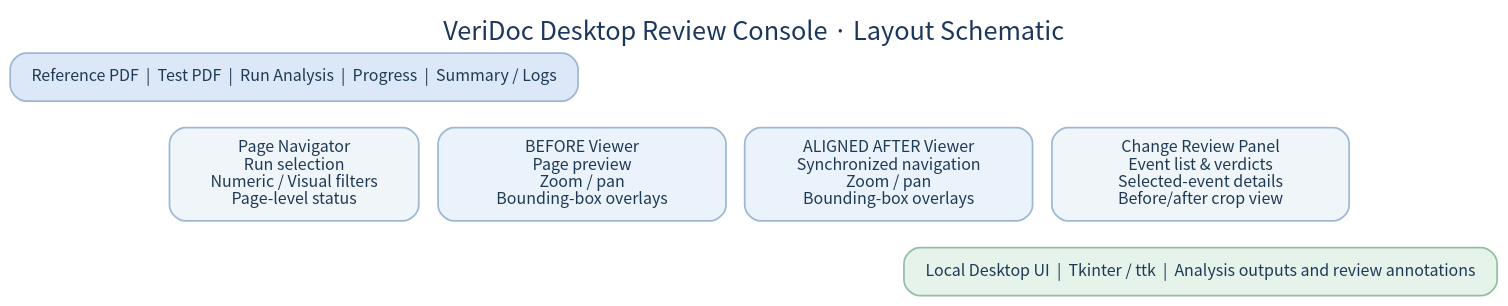
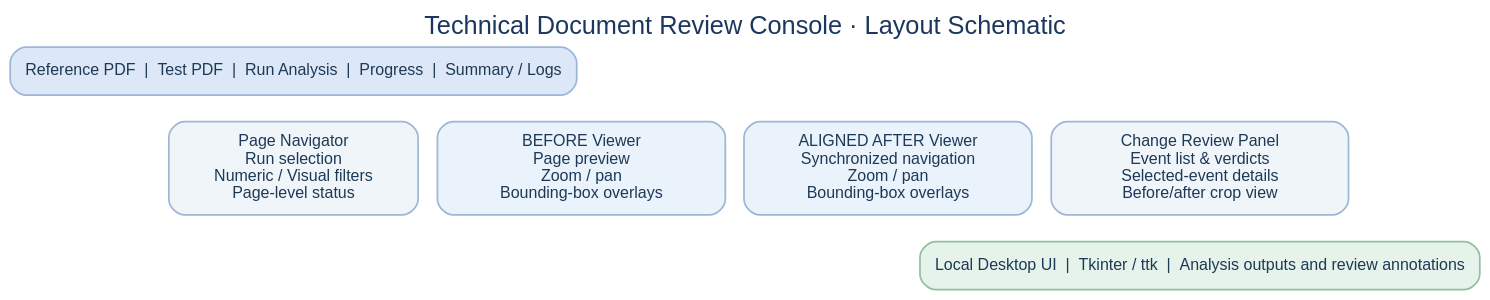
The diagram in assets/gui_layout.dot (DK3693/KSMA_Paper), drawn with Graphviz before and after one commit. The commit also changed 9 other files, not shown here.

Commit message:
Use technical-document terminology across research documentation and diagrams

```diff
--- a/assets/gui_layout.dot
+++ b/assets/gui_layout.dot
@@ -1,14 +1,14 @@
 digraph GUI {
- graph [bgcolor="transparent", rankdir=TB, nodesep=0.20, ranksep=0.28, pad=0.2, fontname="Noto Sans CJK KR", label="VeriDoc Desktop Review Console · Layout Schematic", labelloc=t, fontsize=19, fontcolor="#1c375d"];
- node [shape=box, style="rounded,filled", fontname="Noto Sans CJK KR", fontsize=12, fontcolor="#1d3955", color="#9db7d5", fillcolor="#F0F5FA", penwidth=1.3, margin="0.18,0.13"];
+ graph [bgcolor="transparent", rankdir=TB, nodesep=0.20, ranksep=0.28, pad=0.2, fontname="Arial", label="Technical Document Review Console · Layout Schematic", labelloc=t, fontsize=19, fontcolor="#1c375d"];
+ node [shape=box, style="rounded,filled", fontname="Arial", fontsize=12, fontcolor="#1d3955", color="#9db7d5", fillcolor="#F0F5FA", penwidth=1.3, margin="0.18,0.13"];
  header [label="Reference PDF  |  Test PDF  |  Run Analysis  |  Progress  |  Summary / Logs", fillcolor="#DCE8F7"];
  left [label="Page Navigator\nRun selection\nNumeric / Visual filters\nPage-level status", width=2.6];
  bef [label="BEFORE Viewer\nPage preview\nZoom / pan\nBounding-box overlays", width=3.0, fillcolor="#EAF2FC"];
  aft [label="ALIGNED AFTER Viewer\nSynchronized navigation\nZoom / pan\nBounding-box overlays", width=3.0, fillcolor="#EAF2FC"];
  right [label="Change Review Panel\nEvent list & verdicts\nSelected-event details\nBefore/after crop view", width=3.1];
  footer [label="Local Desktop UI  |  Tkinter / ttk  |  Analysis outputs and review annotations", fillcolor="#E5F3EA", color="#92BFA1"];
  {rank=same; left; bef; aft; right;}
  header -> left [style=invis];
  left -> bef [style=invis]; bef -> aft [style=invis]; aft -> right [style=invis];
  right -> footer [style=invis];
 }
```
